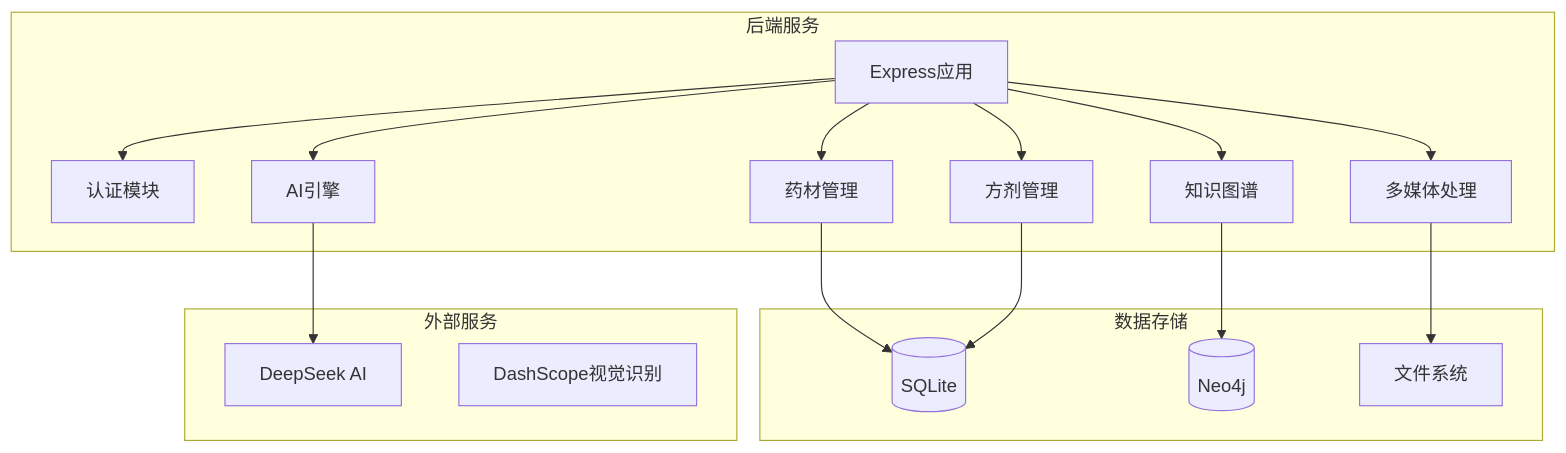
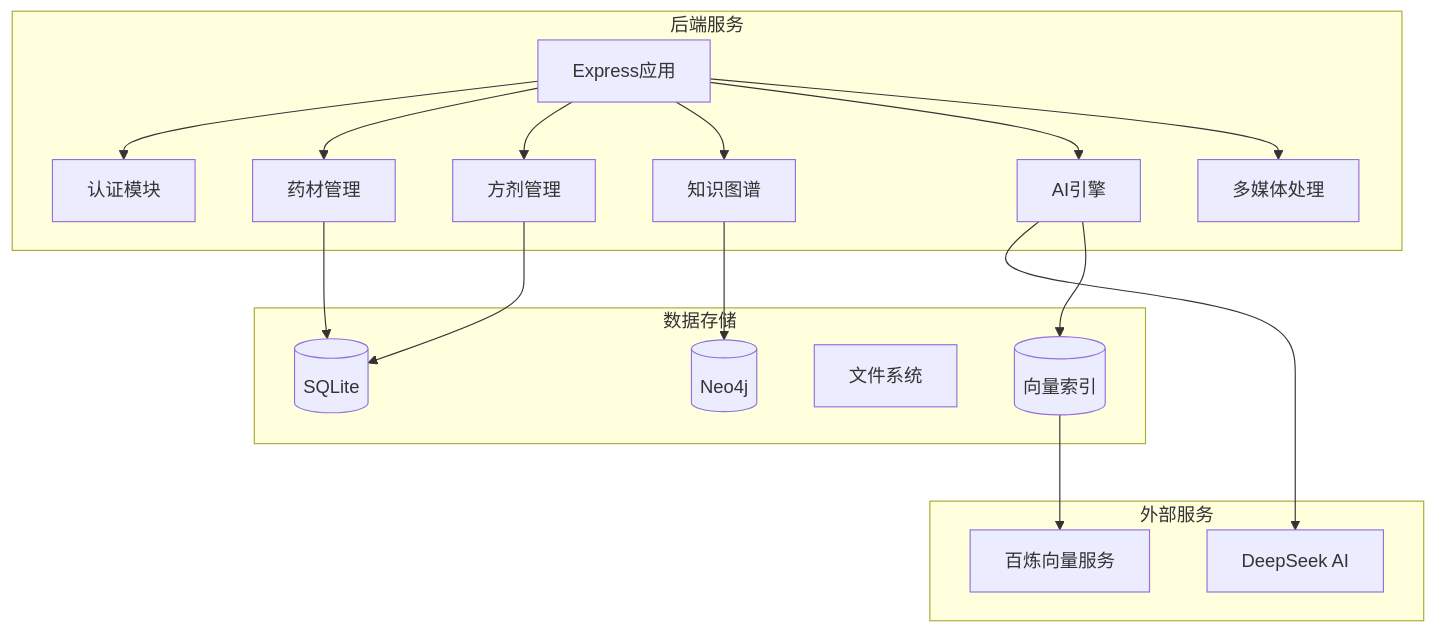
Before and after one commit to Kangkangithub/SJTJ-v1.3: the first of 6 diagrams in .qoder/repowiki/zh/content/后端架构/API路由/API路由.md, drawn with Mermaid. The commit also changed other lines of this file and 8 other files, not shown here.

````diff
--- a/.qoder/repowiki/zh/content/后端架构/API路由/API路由.md
+++ b/.qoder/repowiki/zh/content/后端架构/API路由/API路由.md
@@ -53,32 +57,34 @@
 ```mermaid
 graph TD
 subgraph "后端服务"
 App[Express应用]
 Auth[认证模块]
 Herbs[药材管理]
 Formulas[方剂管理]
 Knowledge[知识图谱]
 AI[AI引擎]
 Media[多媒体处理]
 end
 subgraph "数据存储"
 SQLite[(SQLite)]
 Neo4j[(Neo4j)]
 FileSys[文件系统]
+Embeddings[(向量索引)]
 end
 subgraph "外部服务"
 DeepSeek[DeepSeek AI]
-DashScope[DashScope视觉识别]
+DashScope[百炼向量服务]
 end
 App --> Auth
 App --> Herbs
 App --> Formulas
 App --> Knowledge
 App --> AI
 App --> Media
 Herbs --> SQLite
 Formulas --> SQLite
 Knowledge --> Neo4j
 AI --> DeepSeek
-Media --> FileSys
+AI --> Embeddings
+Embeddings --> DashScope
 ```
````
